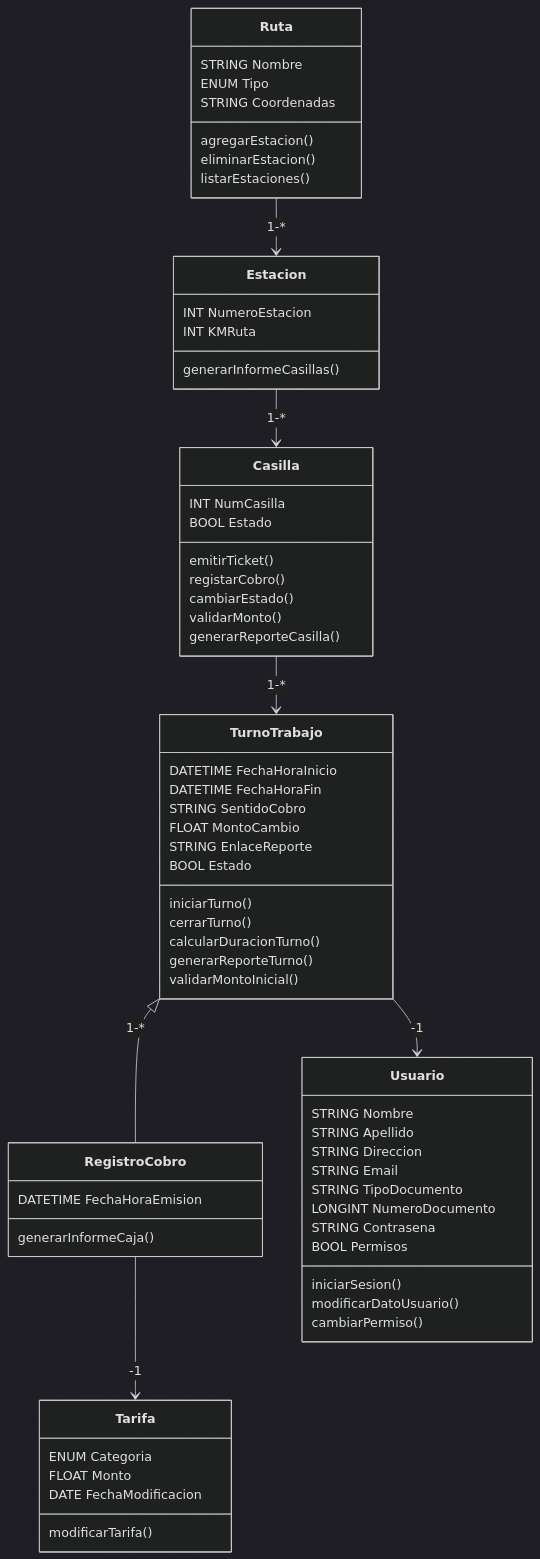
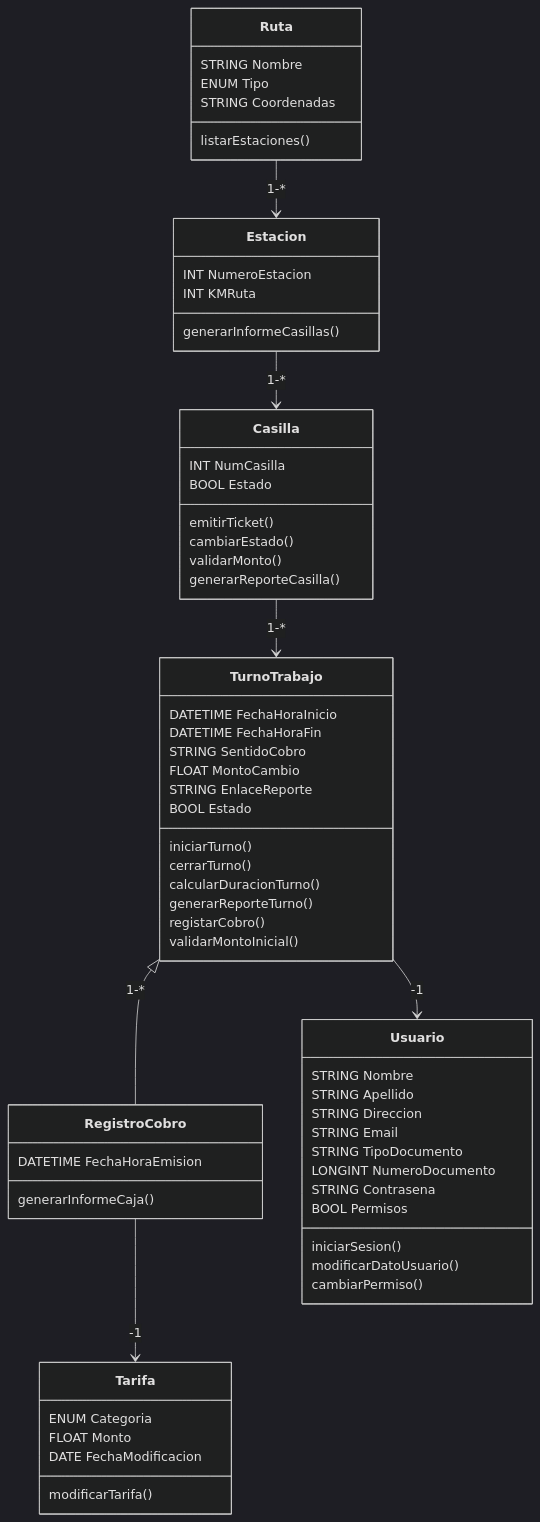
The diagram in docs/mmd_files/diagramClass.mmd (facugirardi/Peaje), drawn with Mermaid (dark theme) before and after one commit. The commit also changed 2 other files, not shown here.

```diff
--- a/docs/mmd_files/diagramClass.mmd
+++ b/docs/mmd_files/diagramClass.mmd
@@ -1,74 +1,72 @@
 classDiagram
 
     Ruta --> Estacion : 1-*
     Estacion --> Casilla : 1-*
     Casilla --> TurnoTrabajo : 1-*
     TurnoTrabajo <|-- RegistroCobro : 1-*
     RegistroCobro --> Tarifa : -1
     TurnoTrabajo --> Usuario :-1
 
     class Ruta{
         STRING Nombre
         ENUM Tipo
         STRING Coordenadas
-        agregarEstacion()
-        eliminarEstacion()
         listarEstaciones()
     }
 
     class Estacion{
         INT NumeroEstacion
         INT KMRuta
         generarInformeCasillas()
     }
 
     class Casilla{
         INT NumCasilla
         BOOL Estado
 
         emitirTicket()
-        registarCobro()
         cambiarEstado()
         validarMonto()
         generarReporteCasilla()
     }
 
     class TurnoTrabajo{
         DATETIME FechaHoraInicio
         DATETIME FechaHoraFin
         STRING SentidoCobro
         FLOAT MontoCambio
         STRING EnlaceReporte
         BOOL Estado
         iniciarTurno()
         cerrarTurno()
         calcularDuracionTurno()
         generarReporteTurno()
+        registarCobro()
         validarMontoInicial()
     }
 
     class RegistroCobro{
         DATETIME FechaHoraEmision
         generarInformeCaja()
     }
 
     class Usuario{
         STRING Nombre
         STRING Apellido
         STRING Direccion
         STRING Email
         STRING TipoDocumento
         LONGINT NumeroDocumento
         STRING Contrasena
         BOOL Permisos
         iniciarSesion()
         modificarDatoUsuario()
         cambiarPermiso()
     }
 
     class Tarifa{
         ENUM Categoria
         FLOAT Monto
         DATE FechaModificacion
         modificarTarifa()
     }
```
